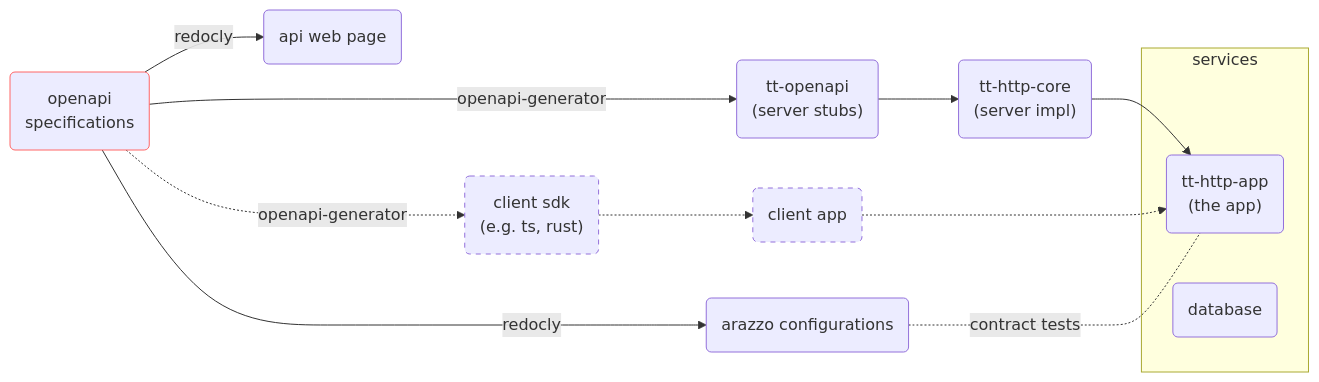
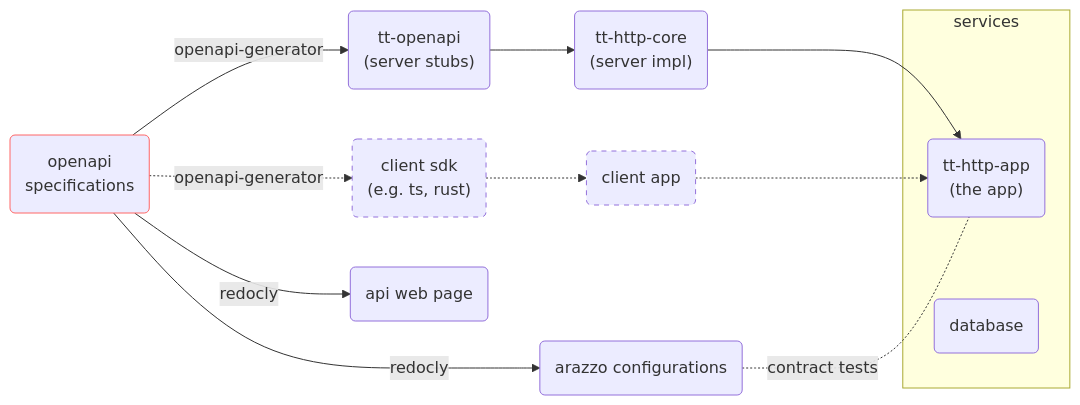
Before and after one commit to whisperpine/tt: the diagram in README.md, drawn with Mermaid. The commit also changed 4 other files, not shown here.

````diff
--- a/README.md
+++ b/README.md
@@ -21,29 +21,29 @@
 ```mermaid
 flowchart LR
   oas(openapi<br>specifications):::red_stroke
   ttopen("tt-openapi<br>(server stubs)")
   ttcore("tt-http-core<br>(server impl)")
   csdk("client sdk<br>(e.g. ts, rust)")
   cc("client app")
   web("api web page")
   arazzo("arazzo configurations")
 
   oas -->|openapi-generator| ttopen
   ttopen --> ttcore
   ttcore --> ttapp
-  oas -..->|openapi-generator| csdk
-  csdk -..-> cc
-  cc -..-> ttapp
+  oas -.->|openapi-generator| csdk
+  csdk -.-> cc
+  cc -.-> ttapp
   oas -->|redocly| web
   oas -->|redocly| arazzo
-  arazzo -..-|contract tests| ttapp
+  arazzo -.-|contract tests| ttapp
 
   subgraph services
     db("database")
     ttapp("tt-http-app<br>(the app)")
   end
 
   classDef red_stroke stroke: #f66
   style csdk stroke-dasharray: 5
   style cc stroke-dasharray: 5
 ```
````
